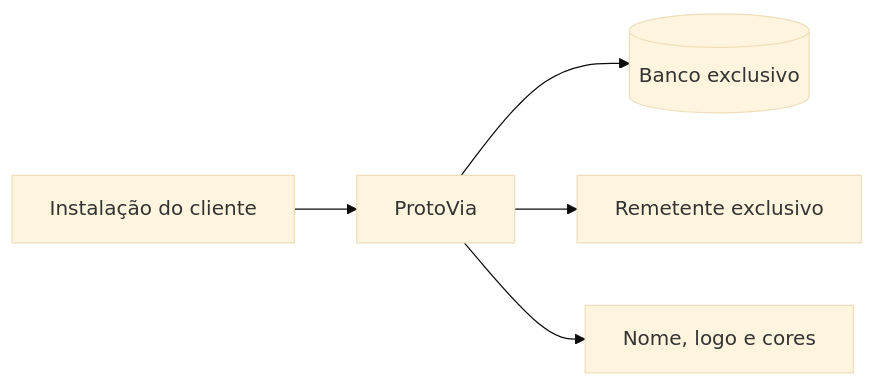
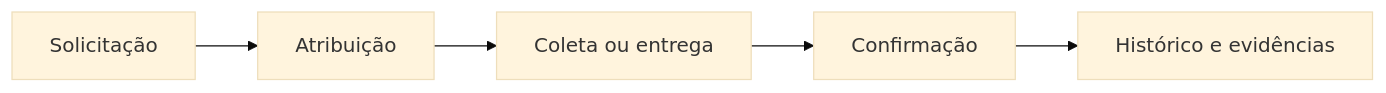
One commit to zztrevisan/protovia changed the diagram in README.md. Above: the diagram before and after it, drawn with Mermaid (base theme). The commit also changed other lines of this file and 4 other files, not shown here.

Commit message:
Apresenta a ProtoVia e sua documentação visual

````diff
--- a/README.md
+++ b/README.md
@@ -25,7 +37,7 @@
 ```mermaid
 flowchart LR
-    C[Instalação do cliente] --> APP[ProtoVia]
-    APP --> DB[(Banco exclusivo)]
-    APP --> MAIL[Remetente exclusivo]
-    APP --> BRAND[Nome, logo e cores]
+    A[Solicitação] --> B[Atribuição]
+    B --> C[Coleta ou entrega]
+    C --> D[Confirmação]
+    D --> E[Histórico e evidências]
 ```
````
